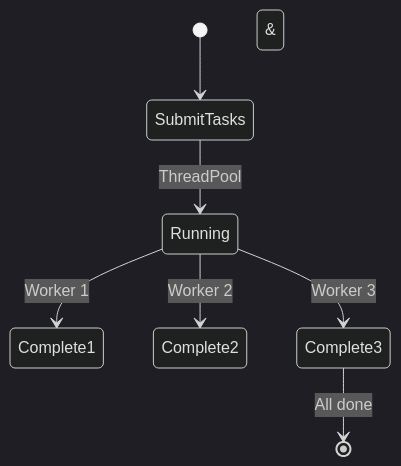
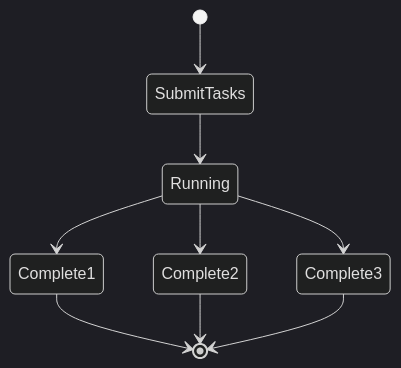
The fourth of 5 diagrams in examples/api_pipeline/19_concurrent_workers/README.md (wisrovi/wpipe), drawn with Mermaid (dark theme) before and after one commit. The commit also changed other lines of this file and 8 other files, not shown here.

First line of the commit message:
Fix README files: English text and Mermaid diagrams

````diff
--- a/examples/api_pipeline/19_concurrent_workers/README.md
+++ b/examples/api_pipeline/19_concurrent_workers/README.md
@@ -56,9 +56,11 @@
 ```mermaid
 stateDiagram-v2
     [*] --> SubmitTasks
-    SubmitTasks --> Running: ThreadPool
-    Running --> Complete1: Worker 1
-    Running --> Complete2: Worker 2
-    Running --> Complete3: Worker 3
-    Complete1 & Complete2 & Complete3 --> [*]: All done
+    SubmitTasks --> Running
+    Running --> Complete1
+    Running --> Complete2
+    Running --> Complete3
+    Complete1 --> [*]
+    Complete2 --> [*]
+    Complete3 --> [*]
 ```
````
